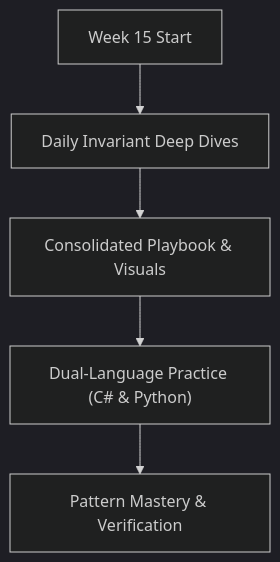
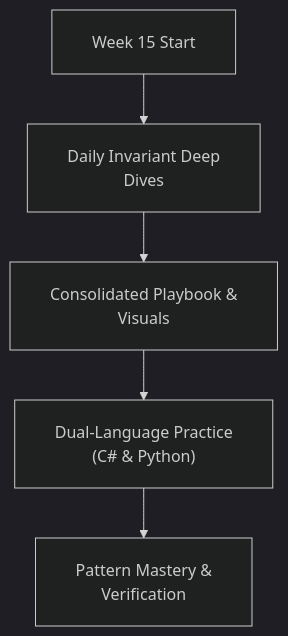
One commit to dip4k/DSA_102 changed the diagram in week_15_advanced_strings_flow/README.md. Above: the diagram before and after it, drawn with Mermaid (dark theme). The commit also changed 108 other files, not shown here.

First line of the commit message:
fix(mermaid): resolve diagram clipping, padding, and syntax issues across repo

````diff
--- a/week_15_advanced_strings_flow/README.md
+++ b/week_15_advanced_strings_flow/README.md
@@ -16,7 +16,8 @@
 ```mermaid
+%%{init: {"flowchart": {"htmlLabels": true, "padding": 20}}}%%
 flowchart TD
-    Start["Week 15 Start"] --> Daily["Daily Invariant Deep Dives"]
-    Daily --> Playbook["Consolidated Playbook & Visuals"]
-    Playbook --> DualLang["Dual-Language Practice (C# & Python)"]
-    DualLang --> Mastery["Pattern Mastery & Verification"]
+    Start["Week 15 Start"] --> Daily["Daily Invariant Deep<br/>Dives"]
+    Daily --> Playbook["Consolidated Playbook &<br/>Visuals"]
+    Playbook --> DualLang["Dual-Language Practice<br/>(C# & Python)"]
+    DualLang --> Mastery["Pattern Mastery &<br/>Verification"]
 ```
````
